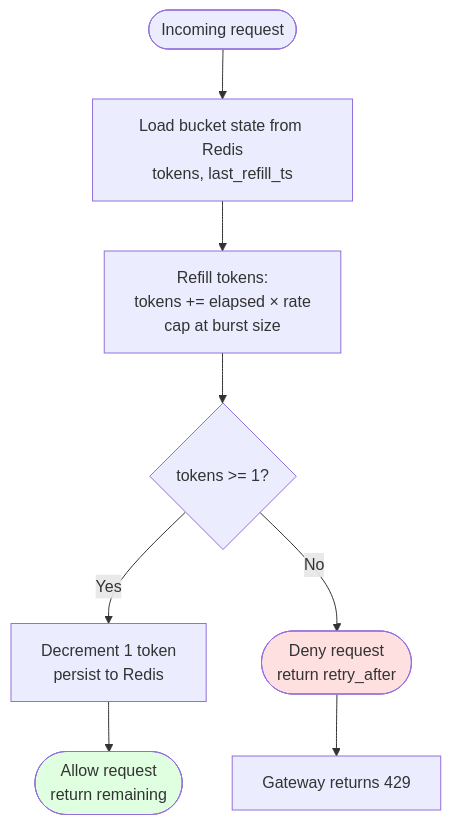
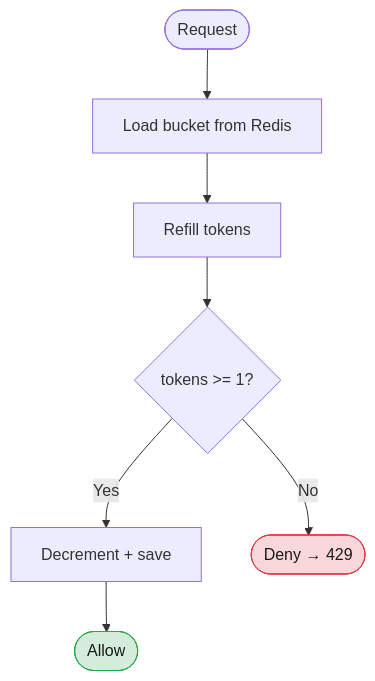
The diagram in assets/images/high_level_design/01_flow_token_bucket.mmd (amanjaiswal30/dsa-solutions), drawn with Mermaid before and after one commit. The commit also changed 50 other files, not shown here.

```diff
--- a/assets/images/high_level_design/01_flow_token_bucket.mmd
+++ b/assets/images/high_level_design/01_flow_token_bucket.mmd
@@ -1,11 +1,9 @@
 flowchart TD
-    START([Incoming request]) --> LOAD[Load bucket state from Redis<br/>tokens, last_refill_ts]
-    LOAD --> REFILL[Refill tokens:<br/>tokens += elapsed × rate<br/>cap at burst size]
+    START([Request]) --> LOAD[Load bucket from Redis]
+    LOAD --> REFILL[Refill tokens]
     REFILL --> CHECK{tokens >= 1?}
-    CHECK -->|Yes| DEC[Decrement 1 token<br/>persist to Redis]
-    DEC --> ALLOW([Allow request<br/>return remaining])
-    CHECK -->|No| DENY([Deny request<br/>return retry_after])
-    DENY --> R429[Gateway returns 429]
+    CHECK -->|Yes| DEC[Decrement + save] --> ALLOW([Allow])
+    CHECK -->|No| DENY([Deny → 429])
 
-    style ALLOW fill:#e0ffe0
-    style DENY fill:#ffe0e0
+    style ALLOW fill:#d4edda,stroke:#28a745,color:#1a1a1a
+    style DENY fill:#f8d7da,stroke:#dc3545,color:#1a1a1a
```
